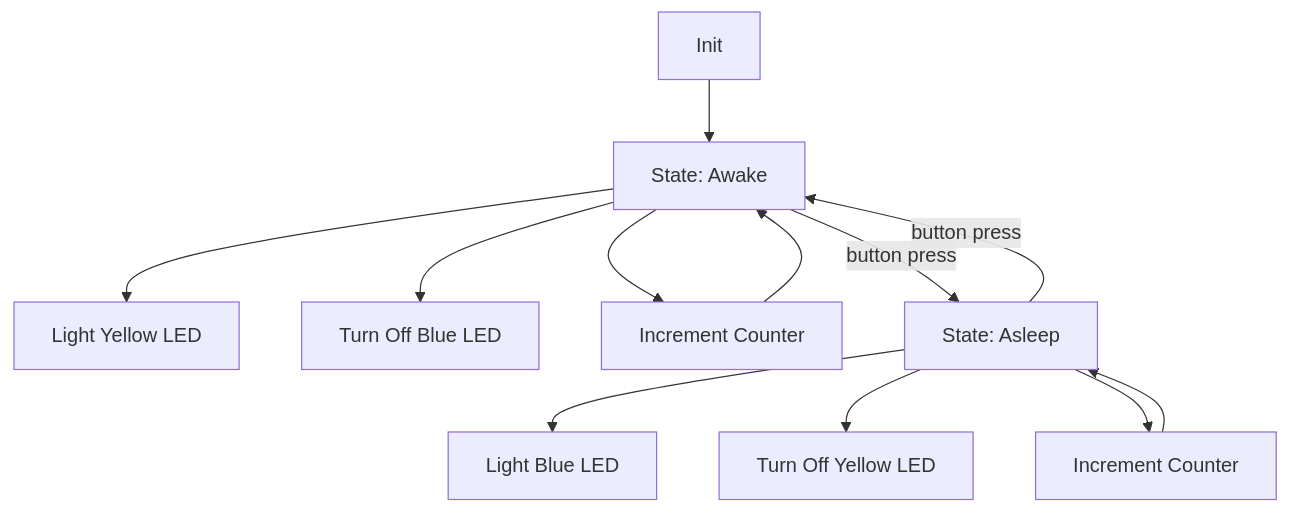
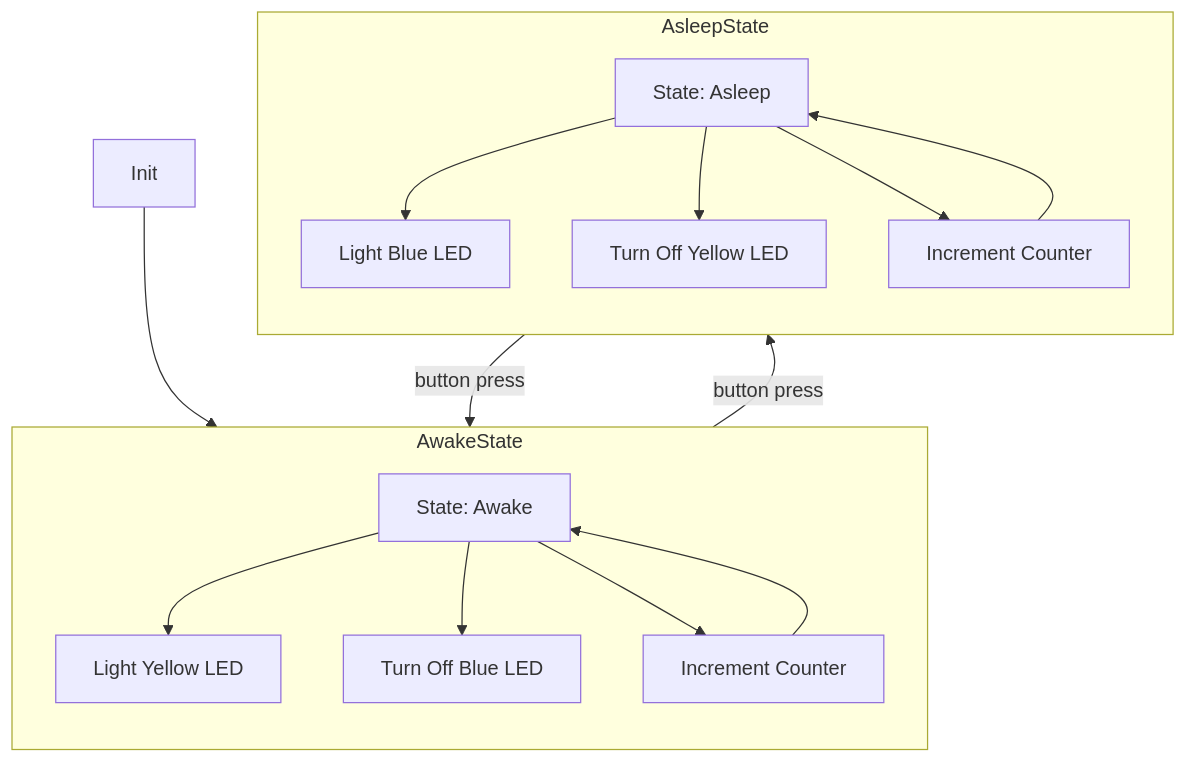
One commit to BKell-Dog/DreamTimer changed the second of 2 diagrams in DreamTimer/README.md. Above: the diagram before and after it, drawn with Mermaid.

````diff
--- a/DreamTimer/README.md
+++ b/DreamTimer/README.md
@@ -56,23 +56,34 @@
 ```mermaid
 graph TD
-	Init --> Awake
-	Awake --> LightYellowLED
-	Awake --> OffBlueLED
-	Awake --> IncrementAwake
-	IncrementAwake --> Awake
-	Awake -->|button press| Asleep
-	Asleep --> LightBlueLED
-	Asleep --> OffYellowLED
-	Asleep --> IncrementAsleep
-	IncrementAsleep --> Asleep
-	Asleep -->|button press| Awake
+    Init --> Awake
 
-	Awake[State: Awake]
-	LightYellowLED[Light Yellow LED]
-	OffYellowLED[Turn Off Yellow LED]
-	IncrementAwake[Increment Counter]
-	Asleep[State: Asleep]
-	LightBlueLED[Light Blue LED]
-	OffBlueLED[Turn Off Blue LED]
-	IncrementAsleep[Increment Counter]
+    Awake -->|button press| Asleep
+    Asleep -->|button press| Awake
+
+    subgraph AwakeState
+        direction TB
+        Awake --> LightYellowLED
+        Awake --> OffBlueLED
+        Awake --> IncrementAwake
+        IncrementAwake --> Awake
+    end
+
+    subgraph AsleepState
+        direction TB
+        Asleep --> LightBlueLED
+        Asleep --> OffYellowLED
+        Asleep --> IncrementAsleep
+        IncrementAsleep --> Asleep
+    end
+
+    Awake[State: Awake]
+    Asleep[State: Asleep]
+
+    LightYellowLED[Light Yellow LED]
+    OffBlueLED[Turn Off Blue LED]
+    IncrementAwake[Increment Counter]
+
+    LightBlueLED[Light Blue LED]
+    OffYellowLED[Turn Off Yellow LED]
+    IncrementAsleep[Increment Counter]
 ```
````
